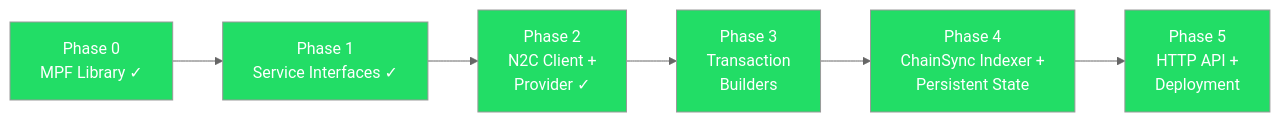
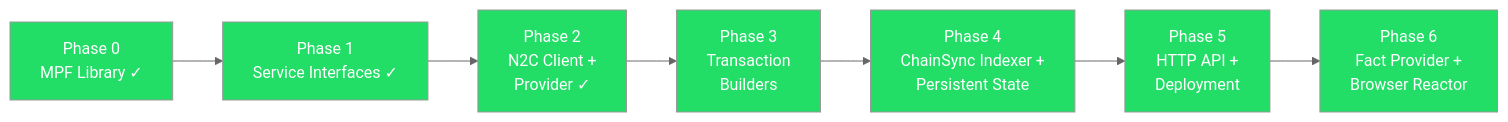
The fifth of 5 diagrams in docs/architecture/overview.md (lambdasistemi/cardano-mpfs-offchain), drawn with Mermaid (neutral theme) before and after one commit. The commit also changed other lines of this file and 9 other files, not shown here.

````diff
--- a/docs/architecture/overview.md
+++ b/docs/architecture/overview.md
@@ -290,18 +367,20 @@
 ```mermaid
 graph LR
     P0["Phase 0<br/>MPF Library ✓"]
     P1["Phase 1<br/>Service Interfaces ✓"]
     P2["Phase 2<br/>N2C Client +<br/>Provider ✓"]
     P3["Phase 3<br/>Transaction<br/>Builders"]
     P4["Phase 4<br/>ChainSync Indexer +<br/>Persistent State"]
     P5["Phase 5<br/>HTTP API +<br/>Deployment"]
+    P6["Phase 6<br/>Fact Provider +<br/>Browser Reactor"]
 
-    P0 --> P1 --> P2 --> P3 --> P4 --> P5
+    P0 --> P1 --> P2 --> P3 --> P4 --> P5 --> P6
 
     style P0 fill:#2d6,color:#fff
     style P1 fill:#2d6,color:#fff
     style P2 fill:#2d6,color:#fff
     style P3 fill:#2d6,color:#fff
     style P4 fill:#2d6,color:#fff
     style P5 fill:#2d6,color:#fff
+    style P6 fill:#2d6,color:#fff
 ```
````
